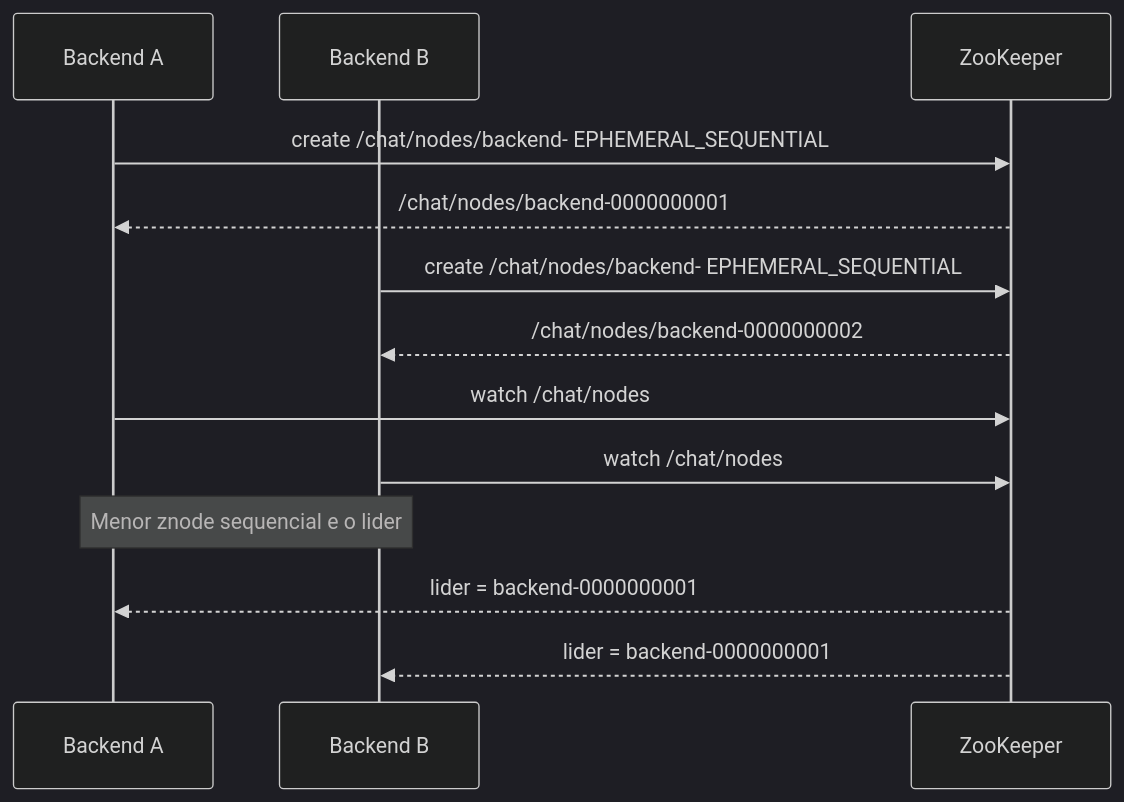
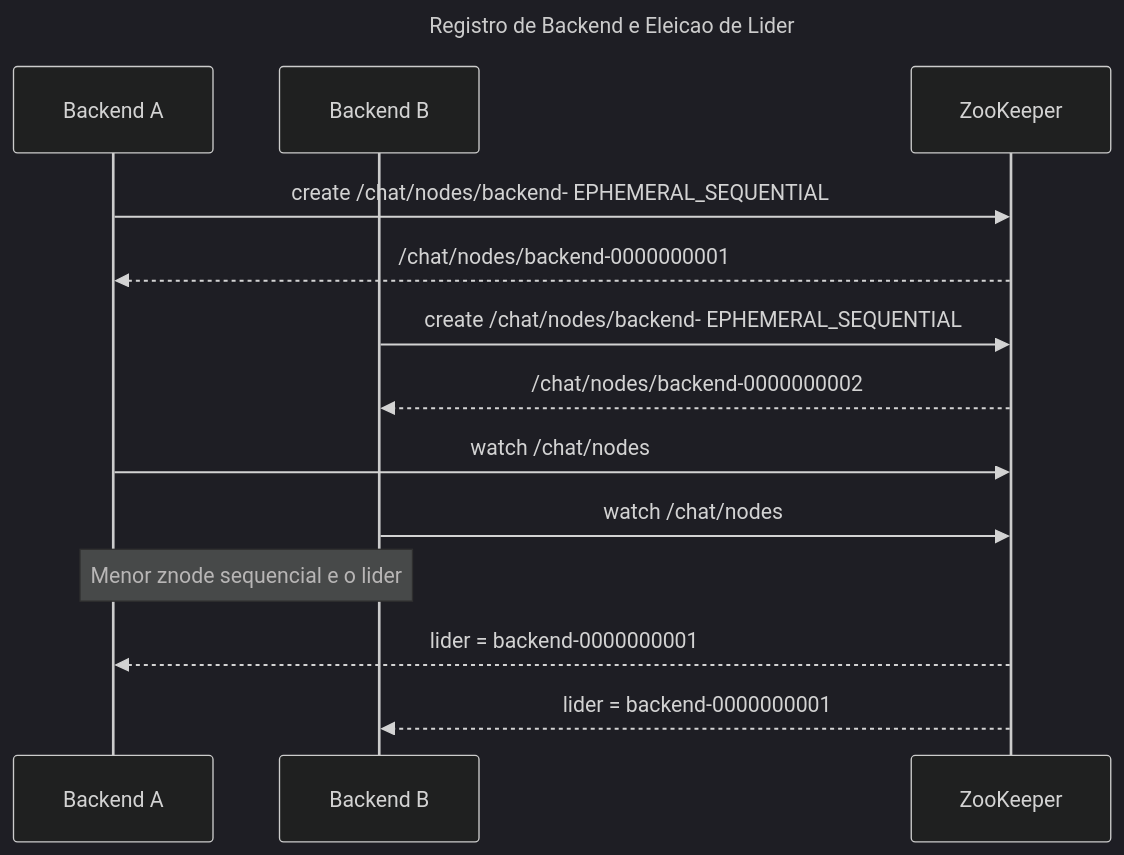
The fourth of 10 diagrams in docs/diagrams.md (jvmr1/chat-distribuido), drawn with Mermaid (dark theme) before and after one commit. The commit also changed other lines of this file and 13 other files, not shown here.

Commit message:
diagramas

````diff
--- a/docs/diagrams.md
+++ b/docs/diagrams.md
@@ -96,18 +114,21 @@
 ```mermaid
+---
+title: Registro de Backend e Eleicao de Lider
+---
 sequenceDiagram
   participant B1 as Backend A
   participant B2 as Backend B
   participant ZK as ZooKeeper
 
   B1->>ZK: create /chat/nodes/backend- EPHEMERAL_SEQUENTIAL
   ZK-->>B1: /chat/nodes/backend-0000000001
   B2->>ZK: create /chat/nodes/backend- EPHEMERAL_SEQUENTIAL
   ZK-->>B2: /chat/nodes/backend-0000000002
 
   B1->>ZK: watch /chat/nodes
   B2->>ZK: watch /chat/nodes
 
   Note over B1,B2: Menor znode sequencial e o lider
   ZK-->>B1: lider = backend-0000000001
   ZK-->>B2: lider = backend-0000000001
 ```
````
